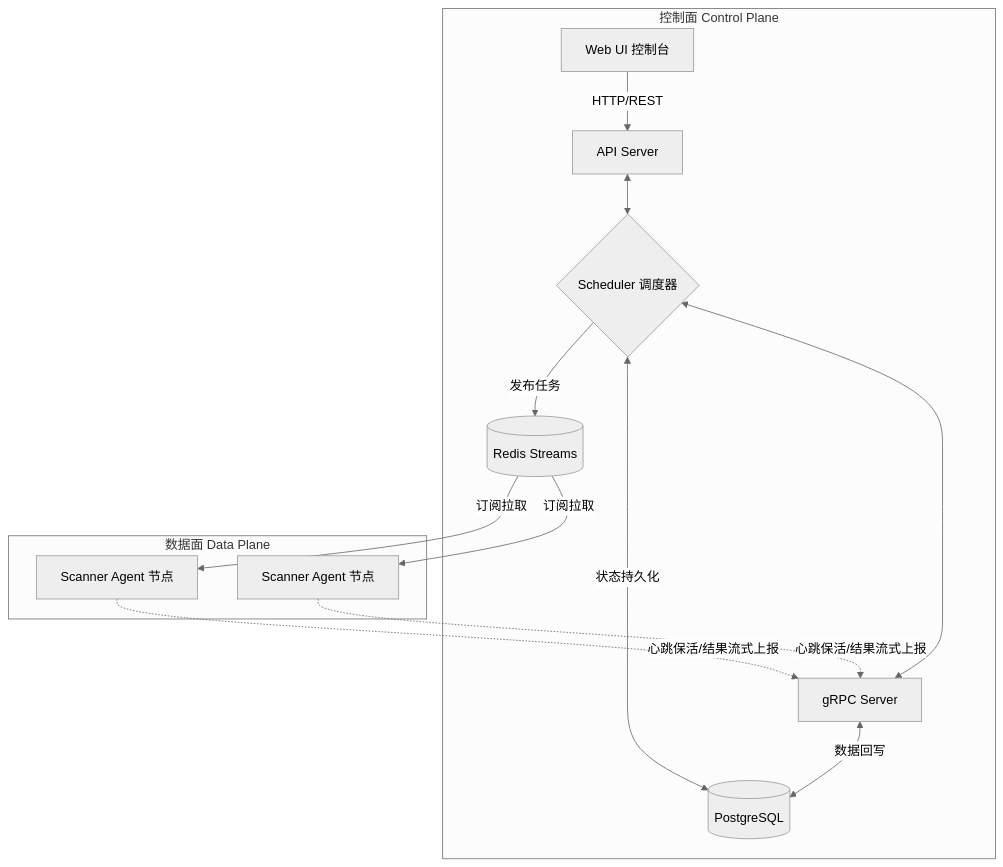
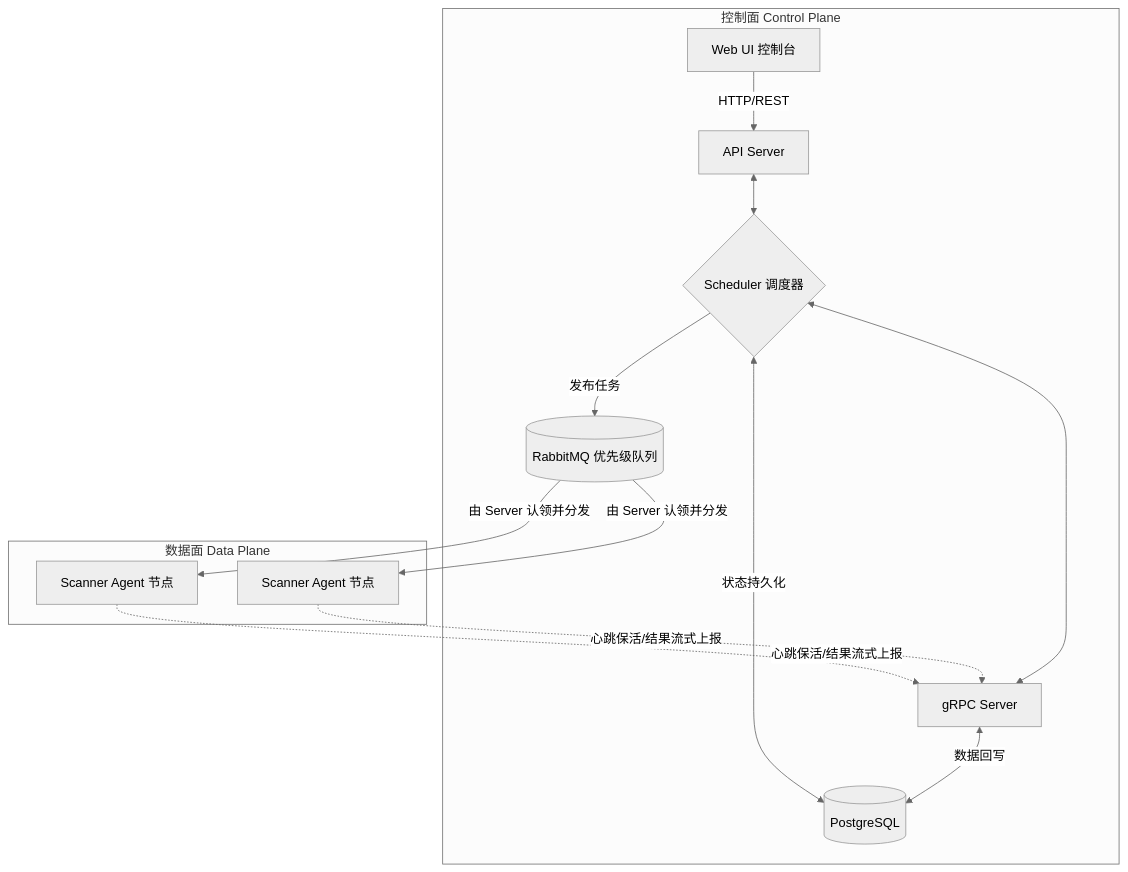
Before and after one commit to TokEat/argus: the first of 3 diagrams in docs/argus-technical-whitepaper.md, drawn with Mermaid (neutral theme). The commit also changed other lines of this file and 29 other files, not shown here.

````diff
--- a/docs/argus-technical-whitepaper.md
+++ b/docs/argus-technical-whitepaper.md
@@ -44,18 +44,18 @@
 ```mermaid
 graph TD
     subgraph 控制面 Control Plane
         A[Web UI 控制台] -->|HTTP/REST| B[API Server]
         B <--> C{Scheduler 调度器}
         C <-->|状态持久化| D[(PostgreSQL)]
-        C -->|发布任务| E[(Redis Streams)]
+        C -->|发布任务| E[(RabbitMQ 优先级队列)]
         F[gRPC Server] <--> C
         F <-->|数据回写| D
     end
     
     subgraph 数据面 Data Plane
-        E -->|订阅拉取| G[Scanner Agent 节点]
-        E -->|订阅拉取| H[Scanner Agent 节点]
+        E -->|由 Server 认领并分发| G[Scanner Agent 节点]
+        E -->|由 Server 认领并分发| H[Scanner Agent 节点]
         G -.->|心跳保活/结果流式上报| F
         H -.->|心跳保活/结果流式上报| F
     end
 ```
````
